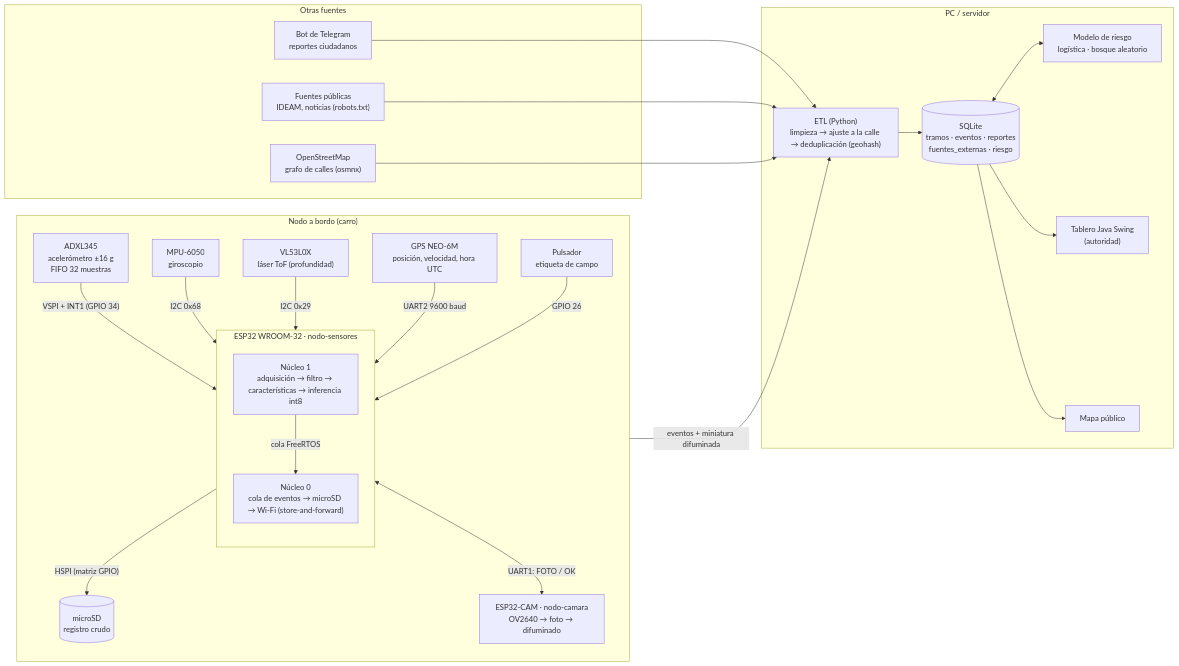
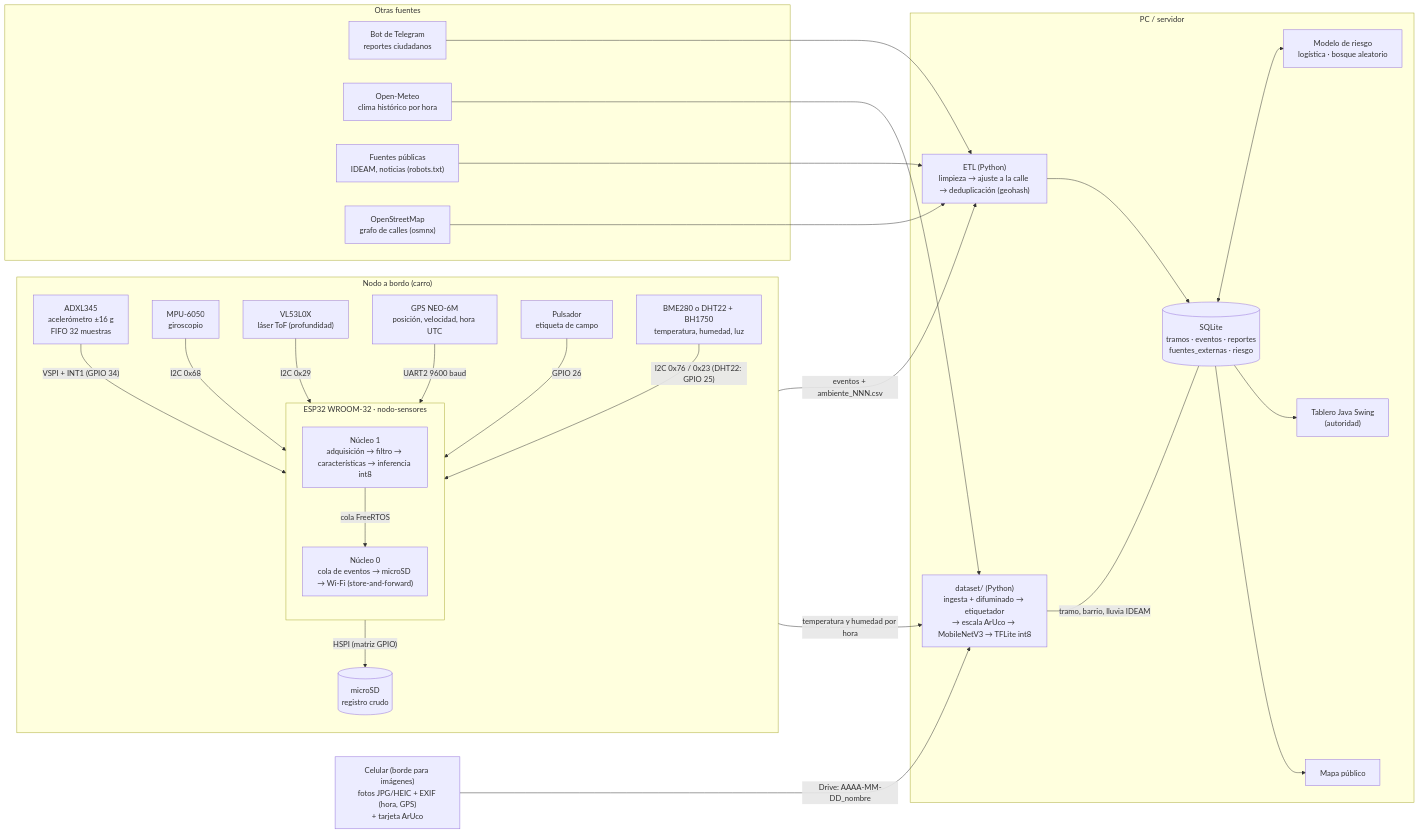
Before and after one commit to via-viva-usta/via-viva: the first of 3 diagrams in docs/diagramas/01_arquitectura.md, drawn with Mermaid. The commit also changed other lines of this file and 5 other files, not shown here.

First line of the commit message:
docs: presupuesto del 3-nov y documentos sin ESP32-CAM

````diff
--- a/docs/diagramas/01_arquitectura.md
+++ b/docs/diagramas/01_arquitectura.md
@@ -7,50 +7,57 @@
 ```mermaid
 flowchart LR
     subgraph NODO["Nodo a bordo (carro)"]
         direction TB
         subgraph S3["ESP32 WROOM-32 · nodo-sensores"]
             direction TB
             C1["Núcleo 1<br/>adquisición → filtro → características → inferencia int8"]
             C0["Núcleo 0<br/>cola de eventos → microSD → Wi-Fi (store-and-forward)"]
             C1 -- "cola FreeRTOS" --> C0
         end
         ADXL["ADXL345<br/>acelerómetro ±16 g<br/>FIFO 32 muestras"]
         MPU["MPU-6050<br/>giroscopio"]
         TOF["VL53L0X<br/>láser ToF (profundidad)"]
         GPS["GPS NEO-6M<br/>posición, velocidad, hora UTC"]
         SD[("microSD<br/>registro crudo")]
         BTN["Pulsador<br/>etiqueta de campo"]
-        CAM["ESP32-CAM · nodo-camara<br/>OV2640 → foto → difuminado"]
+        AMB["BME280 o DHT22 + BH1750<br/>temperatura, humedad, luz"]
 
         ADXL -- "VSPI + INT1 (GPIO 34)" --> S3
         MPU -- "I2C 0x68" --> S3
         TOF -- "I2C 0x29" --> S3
         GPS -- "UART2 9600 baud" --> S3
         S3 -- "HSPI (matriz GPIO)" --> SD
         BTN -- "GPIO 26" --> S3
-        S3 <-- "UART1: FOTO / OK" --> CAM
+        AMB -- "I2C 0x76 / 0x23 (DHT22: GPIO 25)" --> S3
     end
+    CEL["Celular (borde para imágenes)<br/>fotos JPG/HEIC + EXIF (hora, GPS)<br/>+ tarjeta ArUco"]
 
     subgraph FUENTES["Otras fuentes"]
         BOT["Bot de Telegram<br/>reportes ciudadanos"]
+        API["Open-Meteo<br/>clima histórico por hora"]
         WEB["Fuentes públicas<br/>IDEAM, noticias (robots.txt)"]
         OSM["OpenStreetMap<br/>grafo de calles (osmnx)"]
     end
 
     subgraph SERVIDOR["PC / servidor"]
         ETL["ETL (Python)<br/>limpieza → ajuste a la calle → deduplicación (geohash)"]
+        DS["dataset/ (Python)<br/>ingesta + difuminado → etiquetador<br/>→ escala ArUco → MobileNetV3 → TFLite int8"]
         DB[("SQLite<br/>tramos · eventos · reportes<br/>fuentes_externas · riesgo")]
         RISK["Modelo de riesgo<br/>logística · bosque aleatorio"]
         DASH["Tablero Java Swing<br/>(autoridad)"]
         MAPA["Mapa público"]
     end
 
-    NODO -- "eventos + miniatura difuminada" --> ETL
+    NODO -- "eventos + ambiente_NNN.csv" --> ETL
+    NODO -- "temperatura y humedad por hora" --> DS
+    CEL -- "Drive: AAAA-MM-DD_nombre" --> DS
+    API --> DS
+    DS -- "tramo, barrio, lluvia IDEAM" --- DB
     BOT --> ETL
     WEB --> ETL
     OSM --> ETL
     ETL --> DB
     DB <--> RISK
     DB --> DASH
     DB --> MAPA
 ```
````
